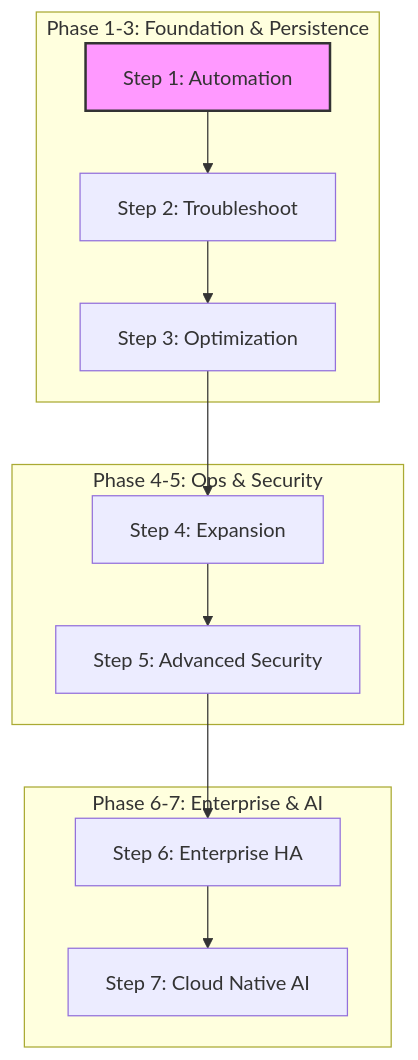
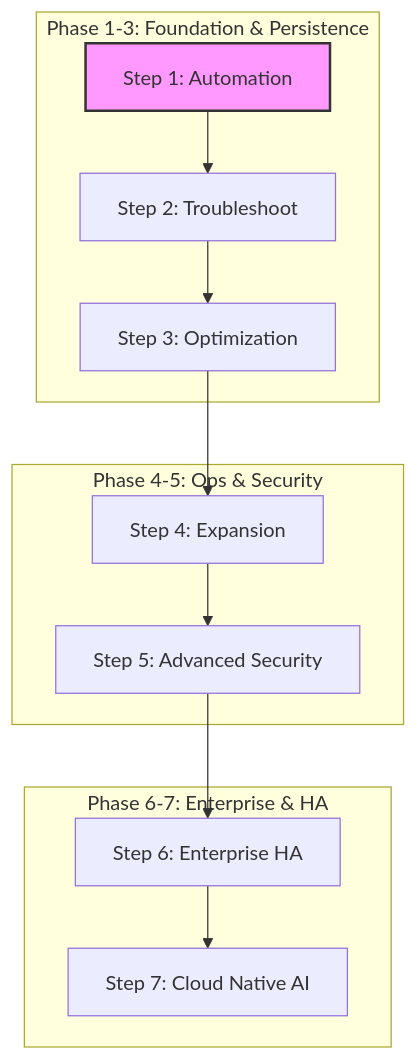
Before and after one commit to ksj686/cloud_infra: the diagram in README.md, drawn with Mermaid. The commit also changed other lines of this file and 11 other files, not shown here.

````diff
--- a/README.md
+++ b/README.md
@@ -9,16 +9,16 @@
 ```mermaid
 graph TD
     subgraph "Phase 1-3: Foundation & Persistence"
     S1[Step 1: Automation] --> S2[Step 2: Troubleshoot]
     S2 --> S3[Step 3: Optimization]
     end
     subgraph "Phase 4-5: Ops & Security"
     S3 --> S4[Step 4: Expansion]
     S4 --> S5[Step 5: Advanced Security]
     end
-    subgraph "Phase 6-7: Enterprise & AI"
+    subgraph "Phase 6-7: Enterprise & HA"
     S5 --> S6[Step 6: Enterprise HA]
     S6 --> S7[Step 7: Cloud Native AI]
     end
     style S1 fill:#f9f,stroke:#333,stroke-width:2px
 ```
````
